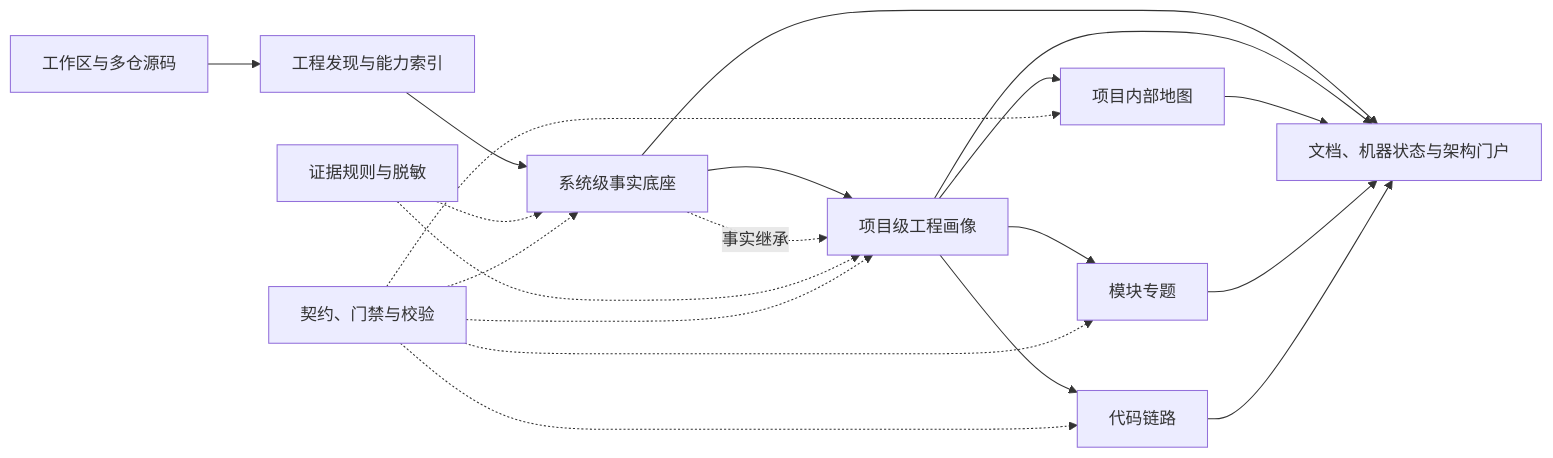
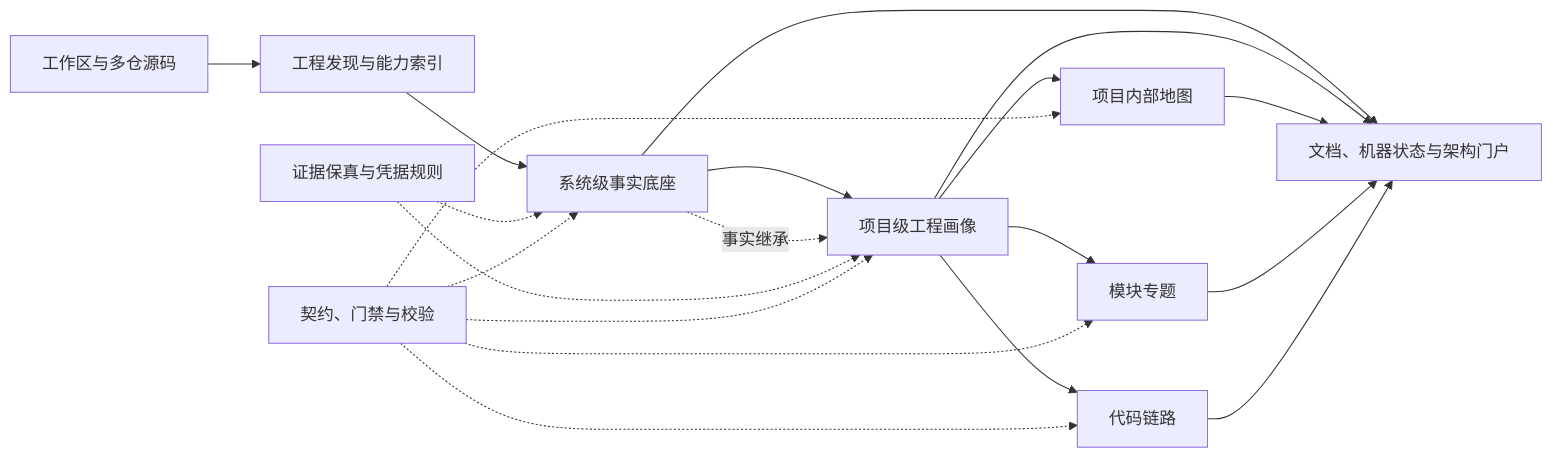
Before and after one commit to lvxinrong/Kantu: the diagram in README.zh-CN.md, drawn with Mermaid. The commit also changed other lines of this file and 39 other files, not shown here.

````diff
--- a/README.zh-CN.md
+++ b/README.zh-CN.md
@@ -72,22 +72,22 @@
 ```mermaid
 flowchart LR
     A["工作区与多仓源码"] --> B["工程发现与能力索引"]
     B --> C["系统级事实底座"]
     C --> D["项目级工程画像"]
     D --> E["项目内部地图"]
     D --> F["模块专题"]
     D --> G["代码链路"]
     C -. "事实继承" .-> D
-    H["证据规则与脱敏"] -.-> C
+    H["证据保真与凭据规则"] -.-> C
     H -.-> D
     I["契约、门禁与校验"] -.-> C
     I -.-> D
     I -.-> E
     I -.-> F
     I -.-> G
     C --> J["文档、机器状态与架构门户"]
     D --> J
     E --> J
     F --> J
     G --> J
 ```
````
